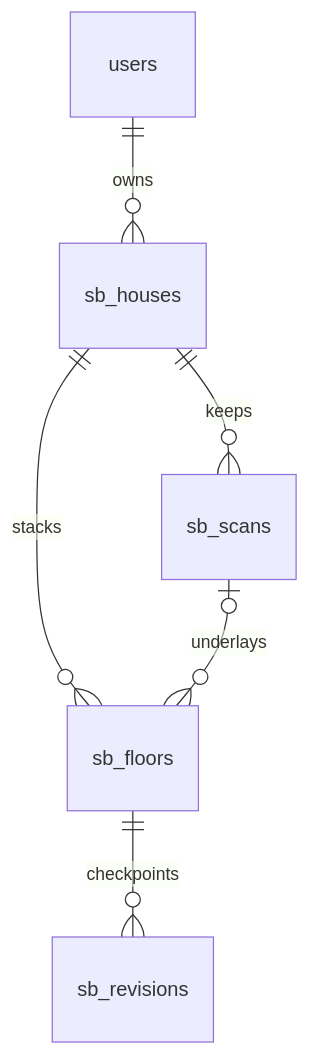
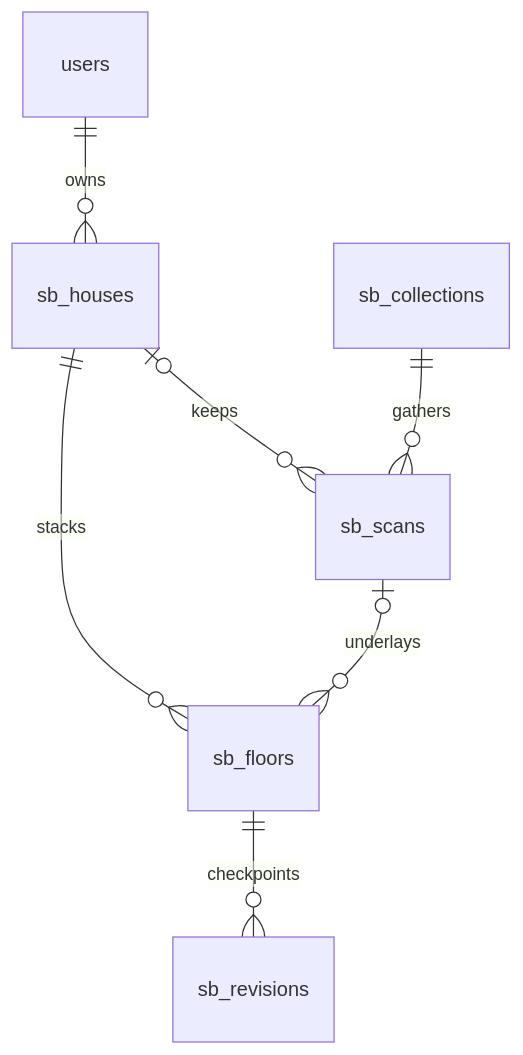
Before and after one commit to ThirdCoastInteractive/Beach: the third of 3 diagrams in cmd/saltbox/README.md, drawn with Mermaid. The commit also changed other lines of this file and 5 other files, not shown here.

````diff
--- a/cmd/saltbox/README.md
+++ b/cmd/saltbox/README.md
@@ -163,8 +199,9 @@
 ```mermaid
 erDiagram
     users ||--o{ sb_houses : owns
-    sb_houses ||--o{ sb_scans : keeps
+    sb_collections ||--o{ sb_scans : gathers
+    sb_houses |o--o{ sb_scans : keeps
     sb_houses ||--o{ sb_floors : stacks
     sb_scans |o--o{ sb_floors : underlays
     sb_floors ||--o{ sb_revisions : checkpoints
 ```
````
